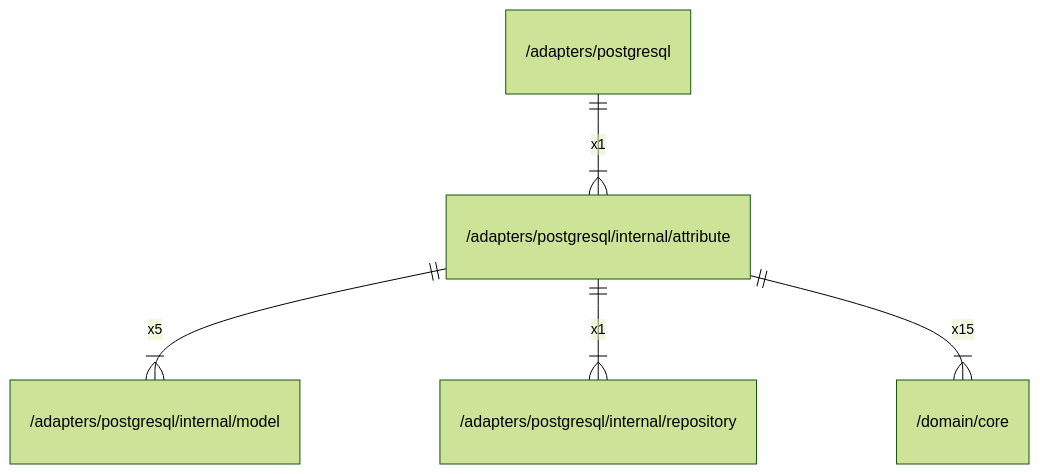
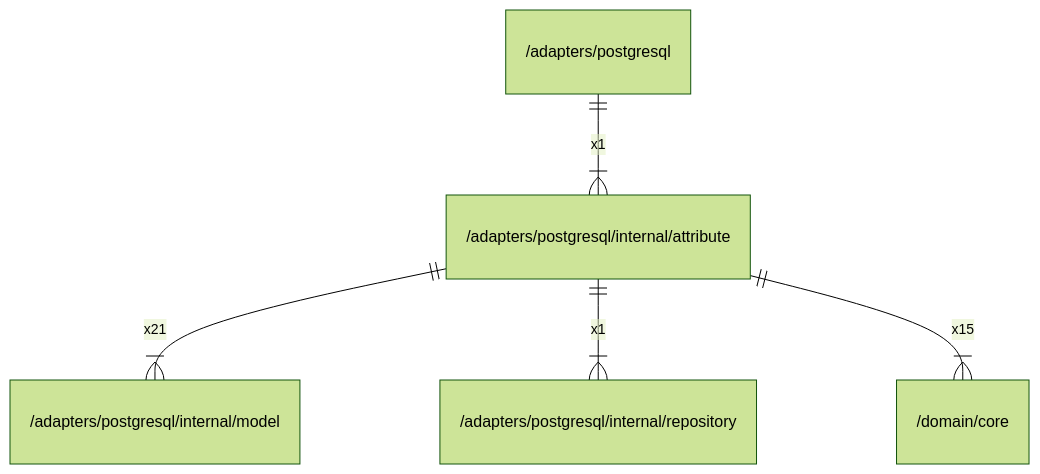
One commit to gbh007/hgraber-next changed the diagram in docs/arch/adapters/postgresql/internal/attribute.md. Above: the diagram before and after it, drawn with Mermaid (forest theme). The commit also changed other lines of this file and 98 other files, not shown here.

````diff
--- a/docs/arch/adapters/postgresql/internal/attribute.md
+++ b/docs/arch/adapters/postgresql/internal/attribute.md
@@ -27,7 +39,7 @@
 ```mermaid
 erDiagram
     "/adapters/postgresql" ||--|{ "/adapters/postgresql/internal/attribute" : x1
-    "/adapters/postgresql/internal/attribute" ||--|{ "/adapters/postgresql/internal/model" : x5
+    "/adapters/postgresql/internal/attribute" ||--|{ "/adapters/postgresql/internal/model" : x21
     "/adapters/postgresql/internal/attribute" ||--|{ "/adapters/postgresql/internal/repository" : x1
     "/adapters/postgresql/internal/attribute" ||--|{ "/domain/core" : x15
 ```
````
